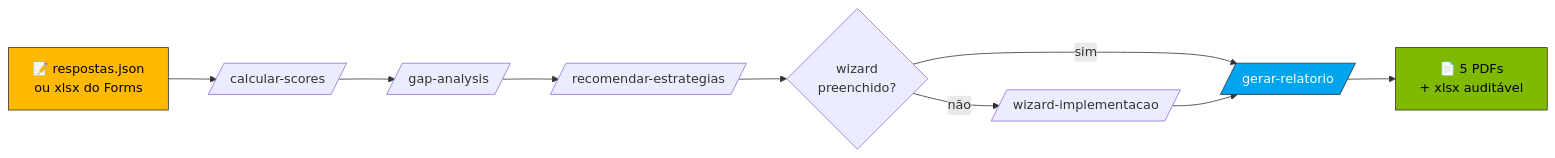
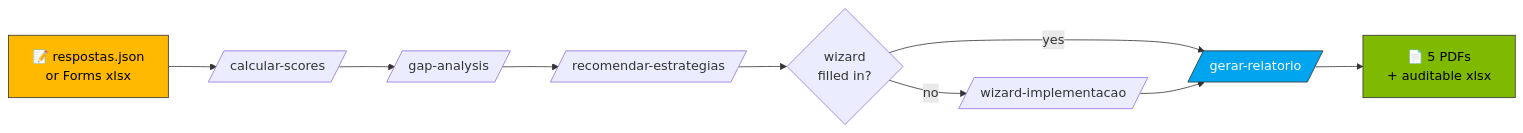
Before and after one commit to paulasilvatech/ai-maturity-client-kit: the diagram in README.md, drawn with Mermaid. The commit also changed other lines of this file and 9 other files, not shown here.

````diff
--- a/README.md
+++ b/README.md
@@ -25,14 +27,14 @@
 ```mermaid
 flowchart LR
-    A[📝 respostas.json<br/>ou xlsx do Forms] --> B[/calcular-scores/]
+    A[📝 respostas.json<br/>or Forms xlsx] --> B[/calcular-scores/]
     B --> C[/gap-analysis/]
     C --> D[/recomendar-estrategias/]
-    D --> E{wizard<br/>preenchido?}
-    E -- sim --> F[/gerar-relatorio/]
-    E -- não --> G[/wizard-implementacao/]
+    D --> E{wizard<br/>filled in?}
+    E -- yes --> F[/gerar-relatorio/]
+    E -- no --> G[/wizard-implementacao/]
     G --> F
-    F --> H[📄 5 PDFs<br/>+ xlsx auditável]
+    F --> H[📄 5 PDFs<br/>+ auditable xlsx]
     style A fill:#FFB900,stroke:#333,color:#000
     style H fill:#7FBA00,stroke:#333,color:#000
     style F fill:#00A4EF,stroke:#333,color:#fff
 ```
````
